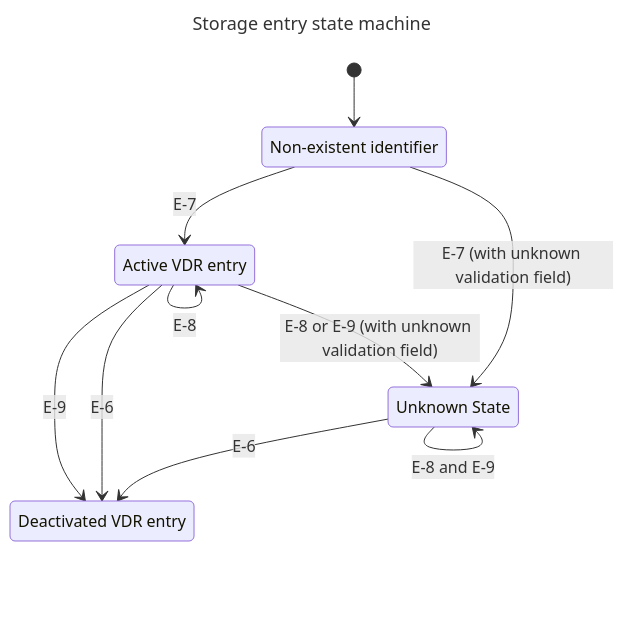
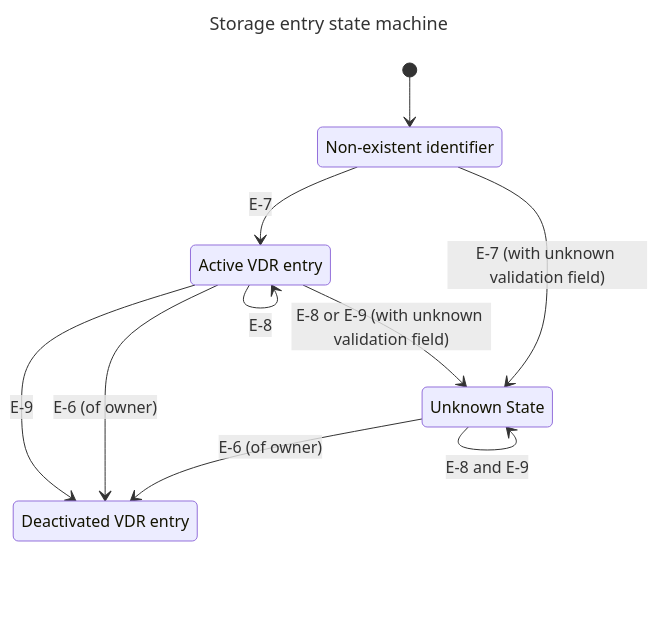
The second of 11 diagrams in prism-vdr-specification.md (hyperledger-identus/prism-vdr-driver), drawn with Mermaid before and after one commit. The commit also changed other lines of this file, not shown here.

Commit message:
minor improvement

````diff
--- a/prism-vdr-specification.md
+++ b/prism-vdr-specification.md
@@ -165,21 +165,21 @@
 ```mermaid
 ---
 title: Storage entry state machine
 ---
 stateDiagram-v2
     classDef yourState font-style:italic,font-weight:bold,stroke:yellow
 
     Nonexistent: Non-existent identifier
     Active: Active VDR entry
     Deactivated: Deactivated VDR entry
     UnknownState:::yourState: Unknown State 
     [*] --> Nonexistent
     Nonexistent --> Active: E-7
     Active --> Active: E-8
     Active --> Deactivated: E-9
-    Active --> Deactivated: E-6
+    Active --> Deactivated: E-6 (of owner)
     Active --> UnknownState: E-8 or E-9 (with unknown validation field)
     Nonexistent --> UnknownState: E-7 (with unknown validation field)
     UnknownState --> UnknownState: E-8 and E-9
-    UnknownState --> Deactivated: E-6
+    UnknownState --> Deactivated: E-6 (of owner)
 ```
````
